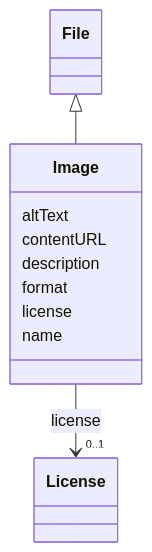
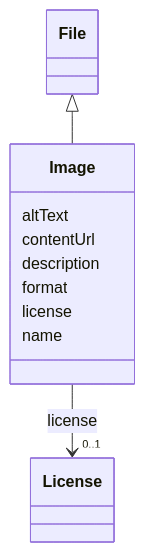
The diagram in models/docs/Image.md (EVORA-project/evora-ontology), drawn with Mermaid before and after one commit. The commit also changed other lines of this file and 650 other files, not shown here.

````diff
--- a/models/docs/Image.md
+++ b/models/docs/Image.md
@@ -19,28 +19,28 @@
 ```mermaid
  classDiagram
     class Image
     click Image href "../Image"
       File <|-- Image
         click File href "../File"
       
       Image : altText
         
-      Image : contentURL
+      Image : contentUrl
         
       Image : description
         
       Image : format
         
       Image : license
         
           
     
     
     Image --> "0..1" License : license
     click License href "../License"
 
         
       Image : name
         
       
 ```
````
